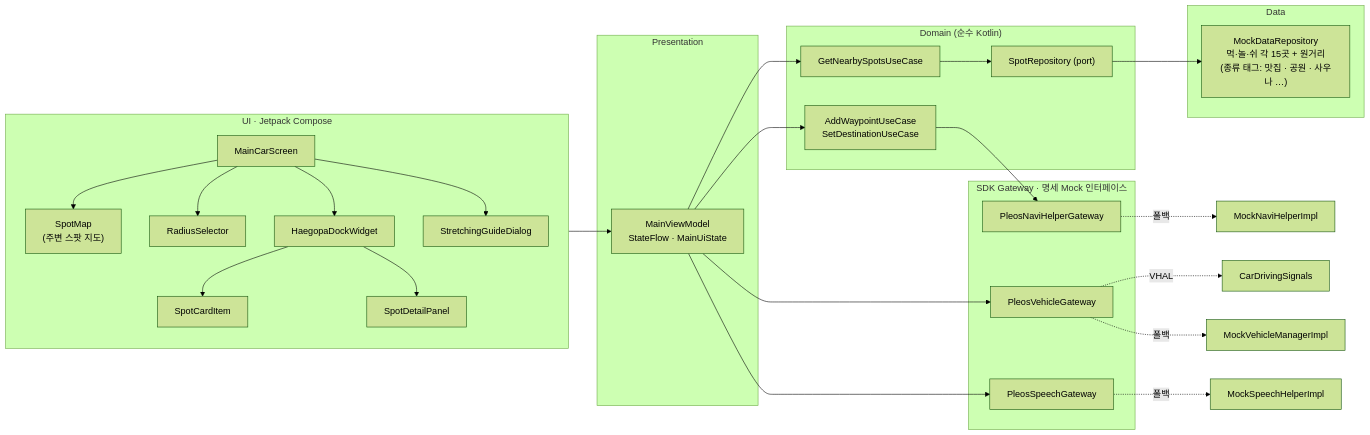
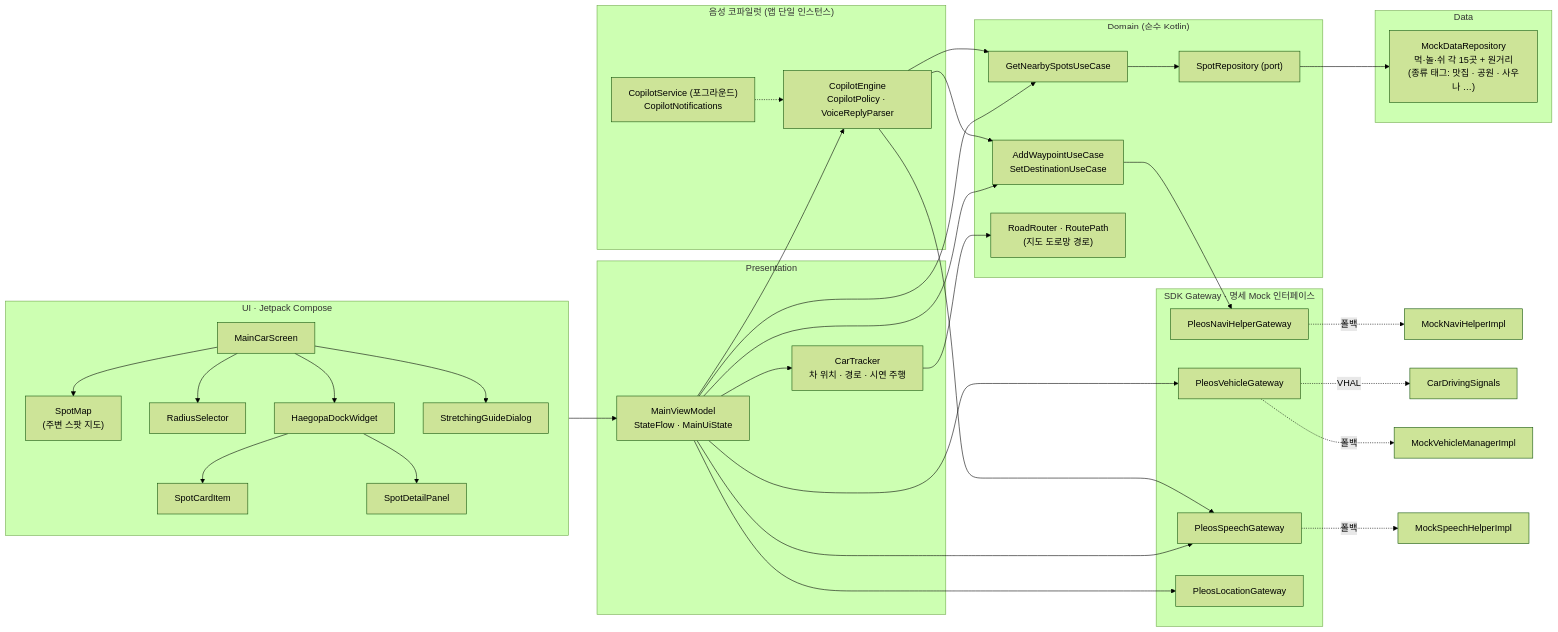
Before and after one commit to sorrybro2/HaeGoPa: the diagram in README.md, drawn with Mermaid (forest theme). The commit also changed other lines of this file and 48 other files, not shown here.

First line of the commit message:
음성 코파일럿(이슈 #2) + 차를 따라가는 지도 · 반경 + Pleos FusedLocation 차 위치

````diff
--- a/README.md
+++ b/README.md
@@ -260,35 +302,49 @@
 ```mermaid
 flowchart LR
     subgraph UI["UI · Jetpack Compose"]
         S["MainCarScreen"] --> M["SpotMap<br/>(주변 스팟 지도)"]
         S --> R["RadiusSelector"]
         S --> D["HaegopaDockWidget"] --> C["SpotCardItem"]
         D --> P["SpotDetailPanel"]
         S --> K["StretchingGuideDialog"]
     end
     subgraph PR["Presentation"]
         VM["MainViewModel<br/>StateFlow · MainUiState"]
+        CT["CarTracker<br/>차 위치 · 경로 · 시연 주행"]
+    end
+    subgraph CP["음성 코파일럿 (앱 단일 인스턴스)"]
+        CE["CopilotEngine<br/>CopilotPolicy · VoiceReplyParser"]
+        CS["CopilotService (포그라운드)<br/>CopilotNotifications"]
     end
     subgraph DO["Domain (순수 Kotlin)"]
         U1["GetNearbySpotsUseCase"]
         U2["AddWaypointUseCase<br/>SetDestinationUseCase"]
         RP["SpotRepository (port)"]
+        RR["RoadRouter · RoutePath<br/>(지도 도로망 경로)"]
     end
     subgraph DA["Data"]
         MD["MockDataRepository<br/>먹·놀·쉬 각 15곳 + 원거리<br/>(종류 태그: 맛집 · 공원 · 사우나 …)"]
     end
     subgraph SDK["SDK Gateway · 명세 Mock 인터페이스"]
         NG["PleosNaviHelperGateway"]
         VG["PleosVehicleGateway"]
         SG["PleosSpeechGateway"]
+        LG["PleosLocationGateway"]
     end
     UI --> VM
+    VM --> CT --> RR
     VM --> U1 --> RP --> MD
     VM --> U2 --> NG
     VM --> VG
     VM --> SG
+    VM --> LG
+    VM --> CE
+    CE --> U1
+    CE --> U2
+    CE --> SG
+    CS -.-> CE
     NG -.->|폴백| N0["MockNaviHelperImpl"]
     VG -.->|VHAL| CAR["CarDrivingSignals"]
     VG -.->|폴백| V0["MockVehicleManagerImpl"]
     SG -.->|폴백| S0["MockSpeechHelperImpl"]
 ```
````
